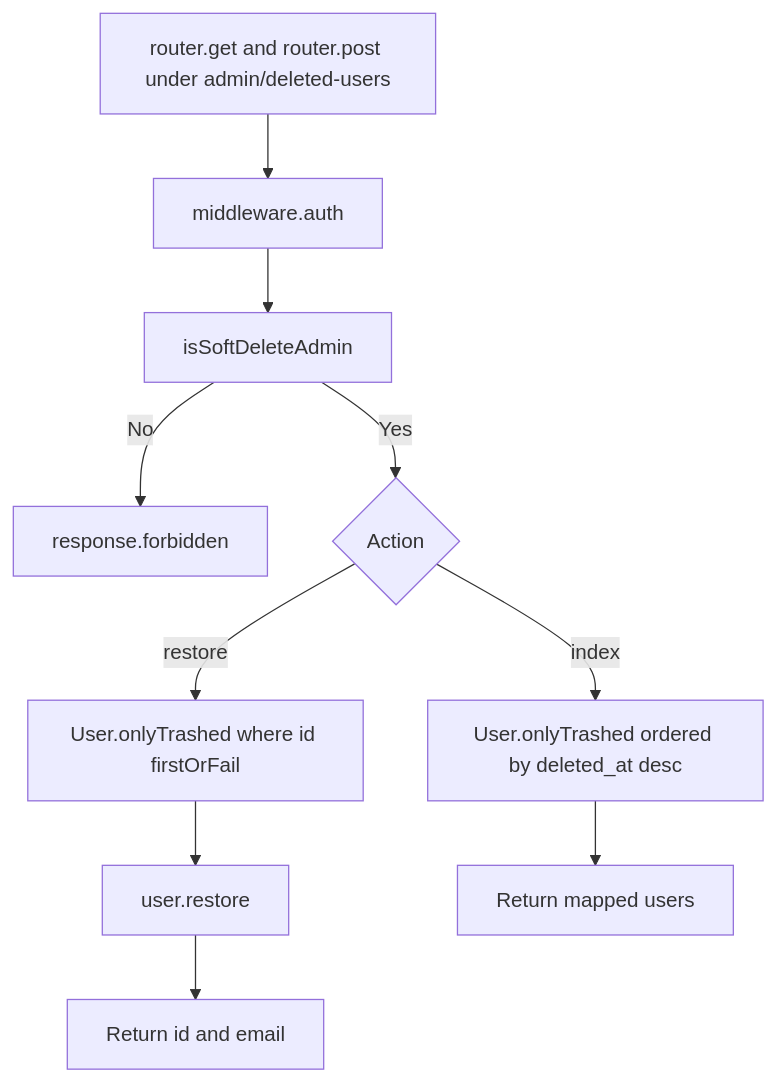
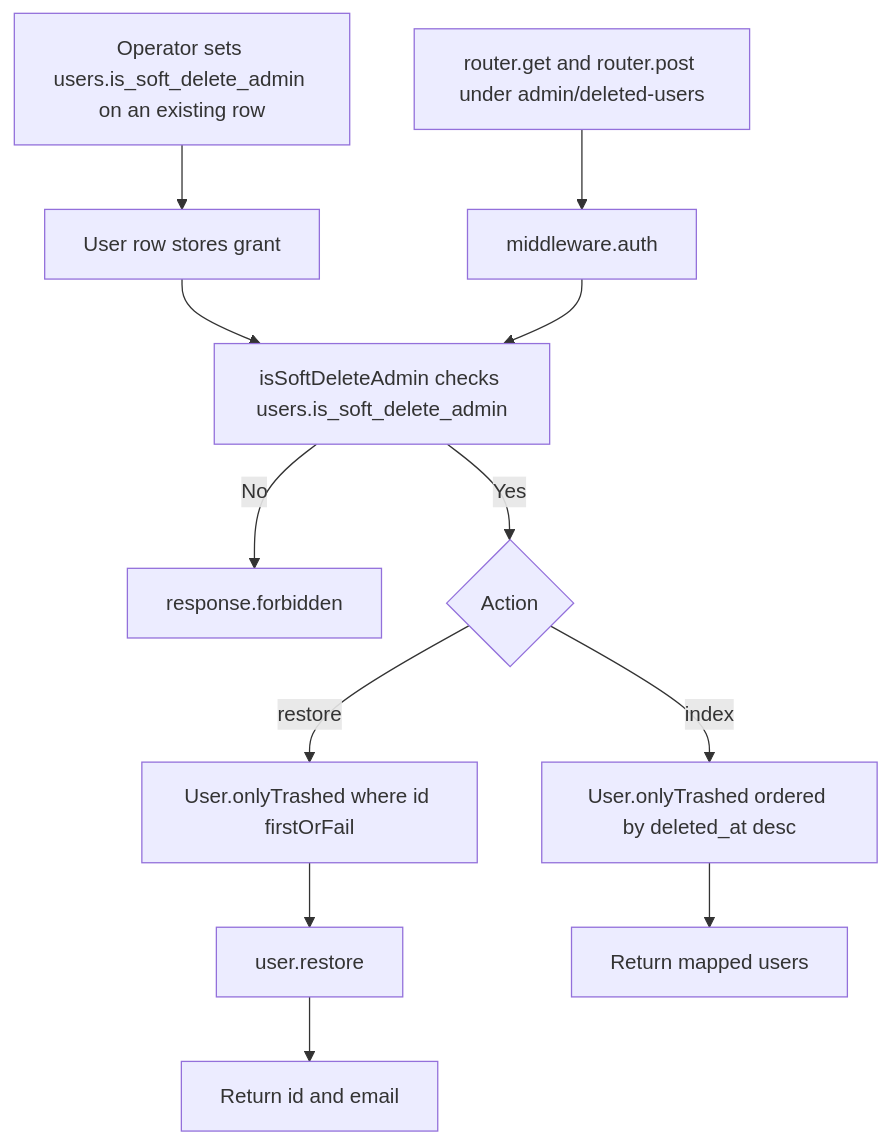
One commit to Kevinjohn/oss-adonisjs-lucid-soft-delete changed the second of 2 diagrams in user-stories/example-apps/us-demo-02-api-admin-restore.md. Above: the diagram before and after it, drawn with Mermaid. The commit also changed other lines of this file and 10 other files, not shown here.

Commit message:
Align starter admin tests and stories with operator enrollment

````diff
--- a/user-stories/example-apps/us-demo-02-api-admin-restore.md
+++ b/user-stories/example-apps/us-demo-02-api-admin-restore.md
@@ -36,12 +38,14 @@
 ```mermaid
 flowchart TD
+    P["Operator sets users.is_soft_delete_admin on an existing row"] --> Q["User row stores grant"]
+    Q --> C
     A["router.get and router.post under admin/deleted-users"] --> B["middleware.auth"]
-    B --> C["isSoftDeleteAdmin"]
+    B --> C["isSoftDeleteAdmin checks users.is_soft_delete_admin"]
     C -->|No| D["response.forbidden"]
     C -->|Yes| E{"Action"}
     E -->|index| F["User.onlyTrashed ordered by deleted_at desc"]
     E -->|restore| G["User.onlyTrashed where id firstOrFail"]
     G --> H["user.restore"]
     F --> I["Return mapped users"]
     H --> J["Return id and email"]
 ```
````
